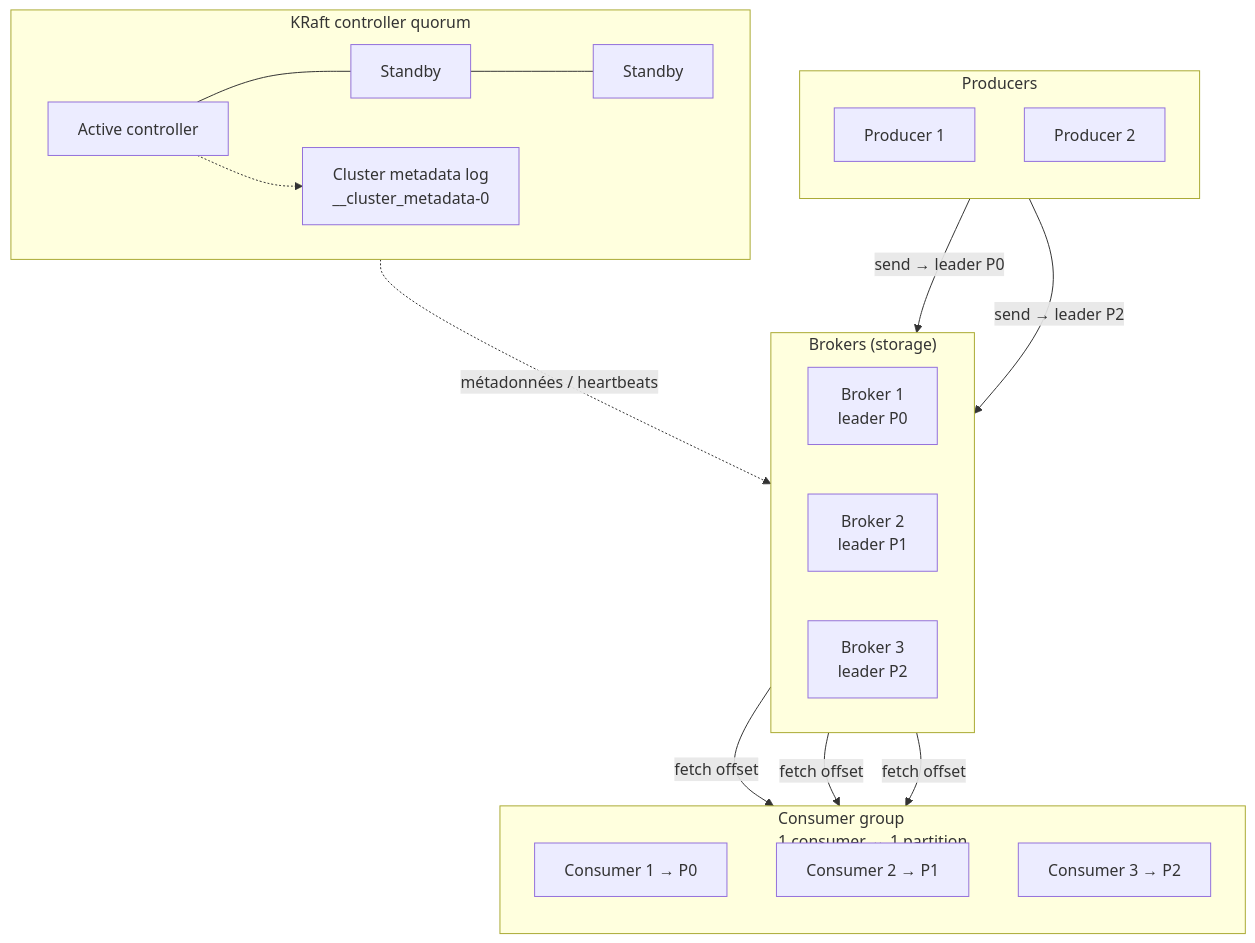
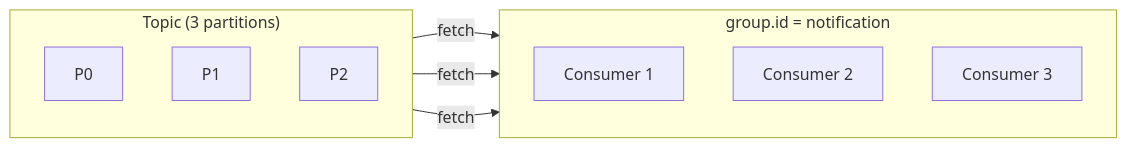
One commit to vqoph/kafka-orders-poc changed the fourth of 7 diagrams in doc/fr/appendices/architecture-kafka-essentials.md. Above: the diagram before and after it, drawn with Mermaid. The commit also changed other lines of this file, not shown here.

Commit message:
docs(fr): update Kafka architecture section with new diagrams and clarify producer-consumer interactions

````diff
--- a/doc/fr/appendices/architecture-kafka-essentials.md
+++ b/doc/fr/appendices/architecture-kafka-essentials.md
@@ -32,41 +90,18 @@
 ```mermaid
-flowchart TB
-  subgraph kraft["KRaft controller quorum"]
-    direction LR
-    AC["Active controller"]
-    ST1["Standby"]
-    ST2["Standby"]
-    META["Cluster metadata log<br/>__cluster_metadata-0"]
-    AC --- ST1 --- ST2
-    AC -.-> META
+flowchart LR
+  subgraph Topic["Topic (3 partitions)"]
+    direction TB
+    P0["P0"]
+    P1["P1"]
+    P2["P2"]
   end
-
-  subgraph producers["Producers"]
+  subgraph Group["group.id = notification"]
     direction TB
-    Prod1["Producer 1"]
-    Prod2["Producer 2"]
+    C1["Consumer 1"]
+    C2["Consumer 2"]
+    C3["Consumer 3"]
   end
-
-  subgraph brokers["Brokers (storage)"]
-    direction LR
-    B1["Broker 1<br/>leader P0"]
-    B2["Broker 2<br/>leader P1"]
-    B3["Broker 3<br/>leader P2"]
-  end
-
-  subgraph consumers["Consumer group<br/>1 consumer ↔ 1 partition"]
-    direction TB
-    C1["Consumer 1 → P0"]
-    C2["Consumer 2 → P1"]
-    C3["Consumer 3 → P2"]
-  end
-
-  kraft -.->|métadonnées / heartbeats| brokers
-
-  Prod1 -->|"send → leader P0"| B1
-  Prod2 -->|"send → leader P2"| B3
-
-  B1 -->|fetch offset| C1
-  B2 -->|fetch offset| C2
-  B3 -->|fetch offset| C3
+  P0 -->|fetch| C1
+  P1 -->|fetch| C2
+  P2 -->|fetch| C3
 ```
````
